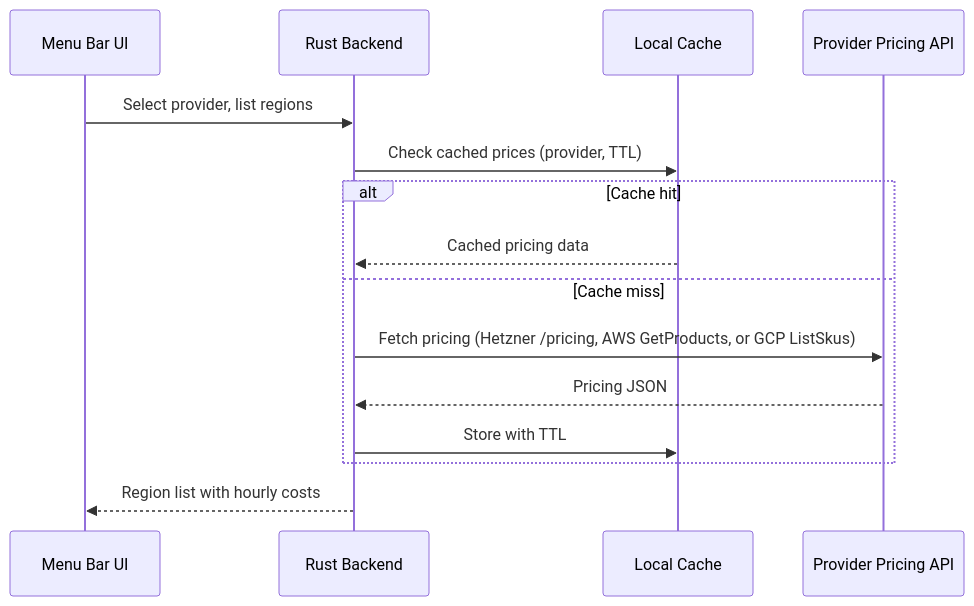
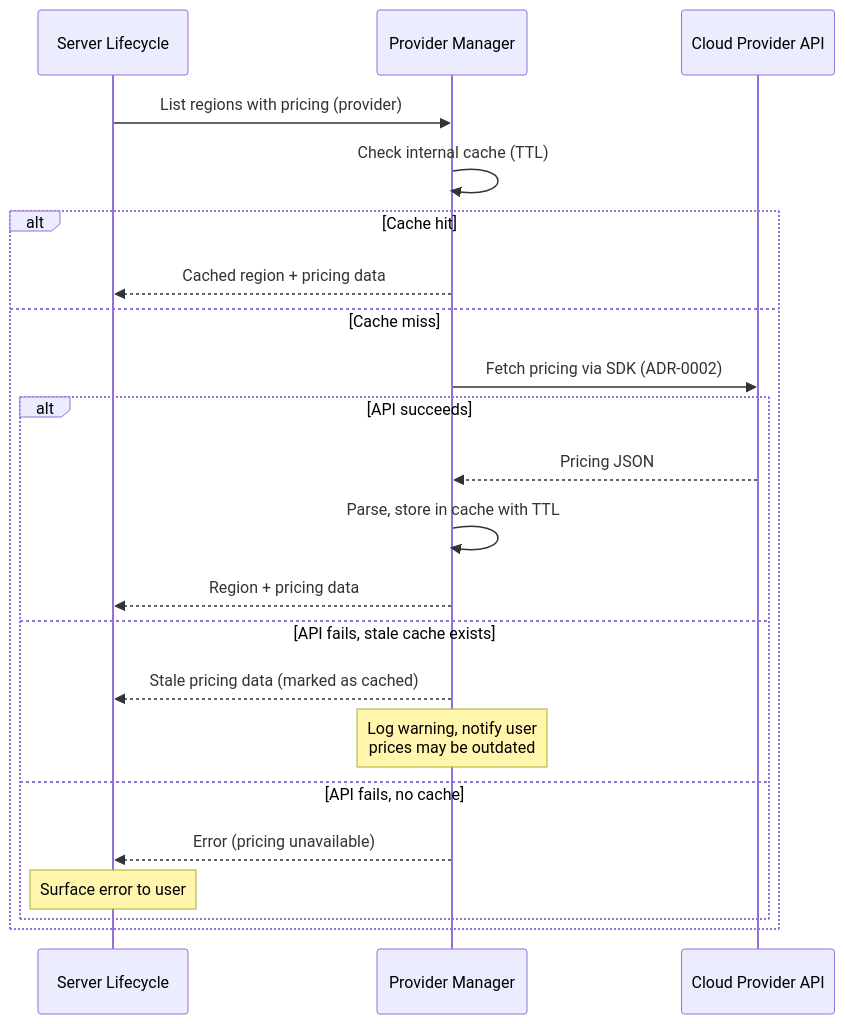
One commit to saemanas/oh-my-vpn changed the diagram in docs/adr/0005-use-provider-pricing-api.md. Above: the diagram before and after it, drawn with Mermaid. The commit also changed other lines of this file and 9 other files, not shown here.

First line of the commit message:
docs: review and align ADRs with PRD and architecture

````diff
--- a/docs/adr/0005-use-provider-pricing-api.md
+++ b/docs/adr/0005-use-provider-pricing-api.md
@@ -48,18 +48,26 @@
 ```mermaid
 sequenceDiagram
-    participant UI as Menu Bar UI
-    participant BE as Rust Backend
-    participant Cache as Local Cache
-    participant API as Provider Pricing API
+    participant SL as Server Lifecycle
+    participant PM as Provider Manager
+    participant Cloud as Cloud Provider API
 
-    UI->>BE: Select provider, list regions
-    BE->>Cache: Check cached prices (provider, TTL)
+    SL->>PM: List regions with pricing (provider)
+    PM->>PM: Check internal cache (TTL)
+
     alt Cache hit
-        Cache-->>BE: Cached pricing data
+        PM-->>SL: Cached region + pricing data
     else Cache miss
-        BE->>API: Fetch pricing (Hetzner /pricing, AWS GetProducts, or GCP ListSkus)
-        API-->>BE: Pricing JSON
-        BE->>Cache: Store with TTL
+        PM->>Cloud: Fetch pricing via SDK (ADR-0002)
+        alt API succeeds
+            Cloud-->>PM: Pricing JSON
+            PM->>PM: Parse, store in cache with TTL
+            PM-->>SL: Region + pricing data
+        else API fails, stale cache exists
+            PM-->>SL: Stale pricing data (marked as cached)
+            Note over PM: Log warning, notify user<br/>prices may be outdated
+        else API fails, no cache
+            PM-->>SL: Error (pricing unavailable)
+            Note over SL: Surface error to user
+        end
     end
-    BE-->>UI: Region list with hourly costs
 ```
````
